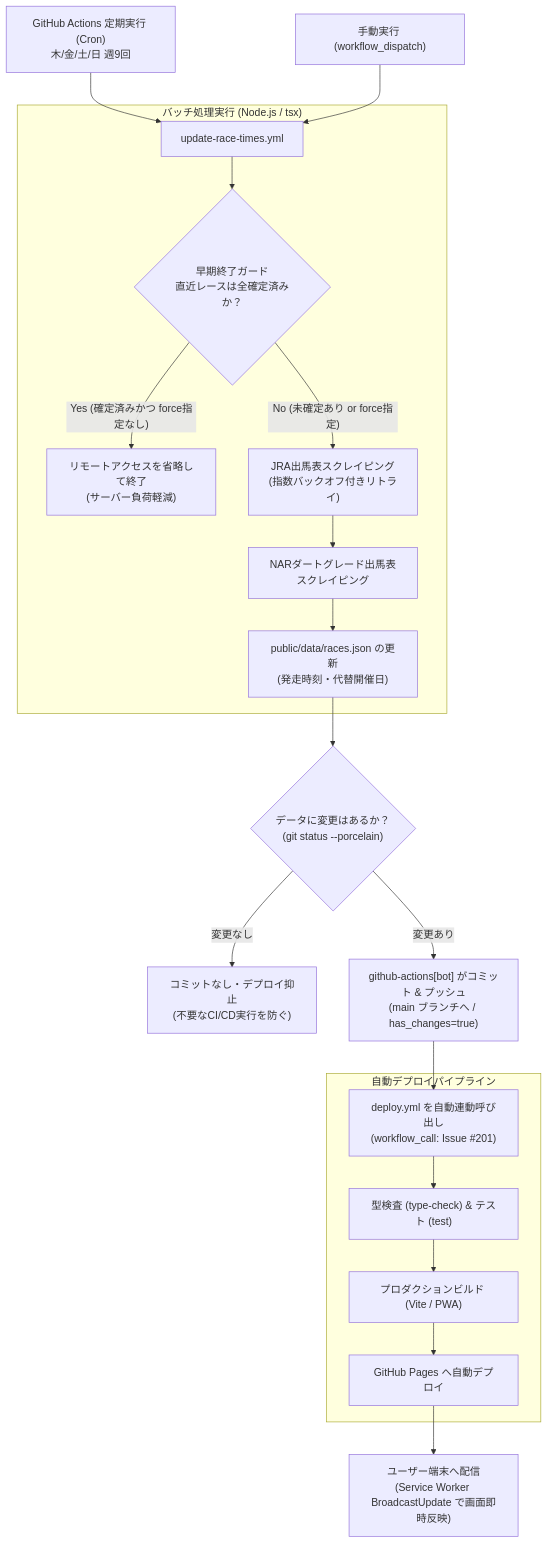
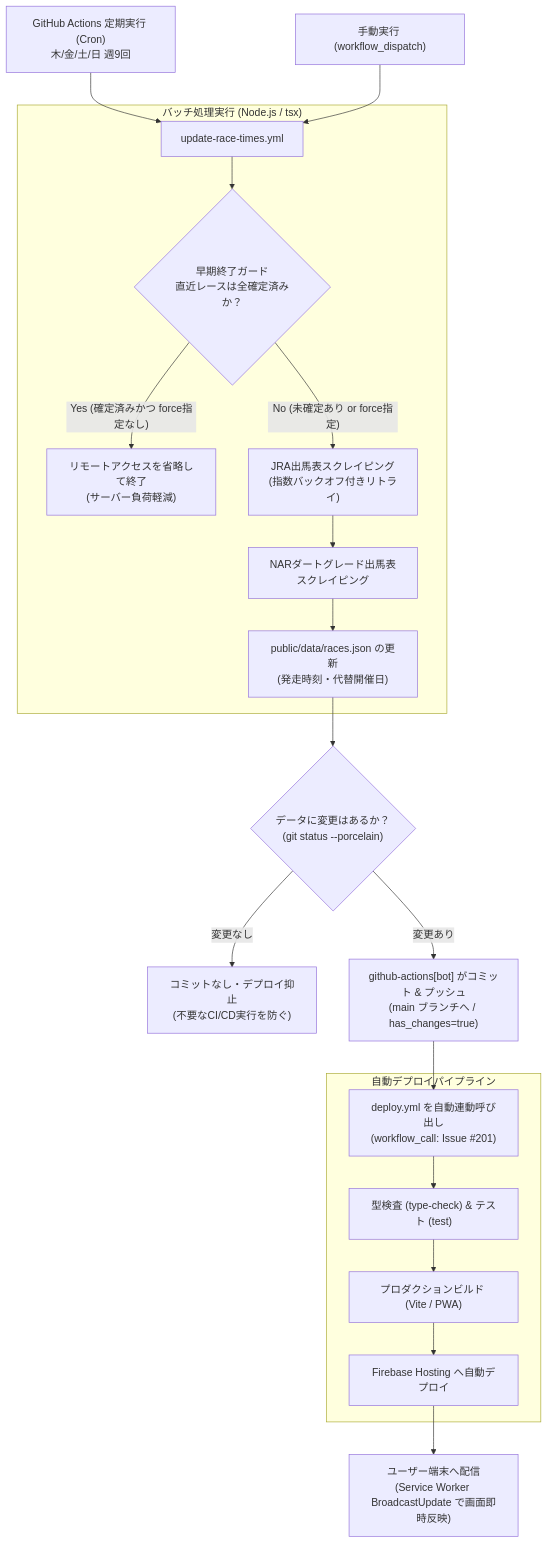
Before and after one commit to meshi-z/horse-racing-calender: the diagram in docs/batch-schedules.md, drawn with Mermaid. The commit also changed other lines of this file and 18 other files, not shown here.

First line of the commit message:
feat: migrate from GitHub Pages to Firebase Hosting (#301)

````diff
--- a/docs/batch-schedules.md
+++ b/docs/batch-schedules.md
@@ -172,25 +172,25 @@
 ```mermaid
 flowchart TD
     Cron["GitHub Actions 定期実行 (Cron)<br>木/金/土/日 週9回"] --> UpdateTimes["update-race-times.yml"]
     Dispatch["手動実行 (workflow_dispatch)"] --> UpdateTimes
 
     subgraph BatchProcess["バッチ処理実行 (Node.js / tsx)"]
         UpdateTimes --> Guard{"早期終了ガード<br>直近レースは全確定済みか？"}
         Guard -- Yes (確定済みかつ force指定なし) --> Skip["リモートアクセスを省略して終了<br>(サーバー負荷軽減)"]
         Guard -- No (未確定あり or force指定) --> FetchJRA["JRA出馬表スクレイピング<br>(指数バックオフ付きリトライ)"]
         FetchJRA --> FetchNAR["NARダートグレード出馬表スクレイピング"]
         FetchNAR --> Merge["public/data/races.json の更新<br>(発走時刻・代替開催日)"]
     end
 
     Merge --> CheckDiff{"データに変更はあるか？<br>(git status --porcelain)"}
     CheckDiff -- 変更なし --> NoCommit["コミットなし・デプロイ抑止<br>(不要なCI/CD実行を防ぐ)"]
     CheckDiff -- 変更あり --> BotCommit["github-actions[bot] がコミット & プッシュ<br>(main ブランチへ / has_changes=true)"]
 
     BotCommit --> DeployWorkflow["deploy.yml を自動連動呼び出し<br>(workflow_call: Issue #201)"]
     subgraph DeployProcess["自動デプロイパイプライン"]
         DeployWorkflow --> Test["型検査 (type-check) & テスト (test)"]
         Test --> Build["プロダクションビルド (Vite / PWA)"]
-        Build --> DeployPages["GitHub Pages へ自動デプロイ"]
+        Build --> DeployPages["Firebase Hosting へ自動デプロイ"]
     end
     DeployPages --> UserApp["ユーザー端末へ配信<br>(Service Worker BroadcastUpdate で画面即時反映)"]
 ```
````
